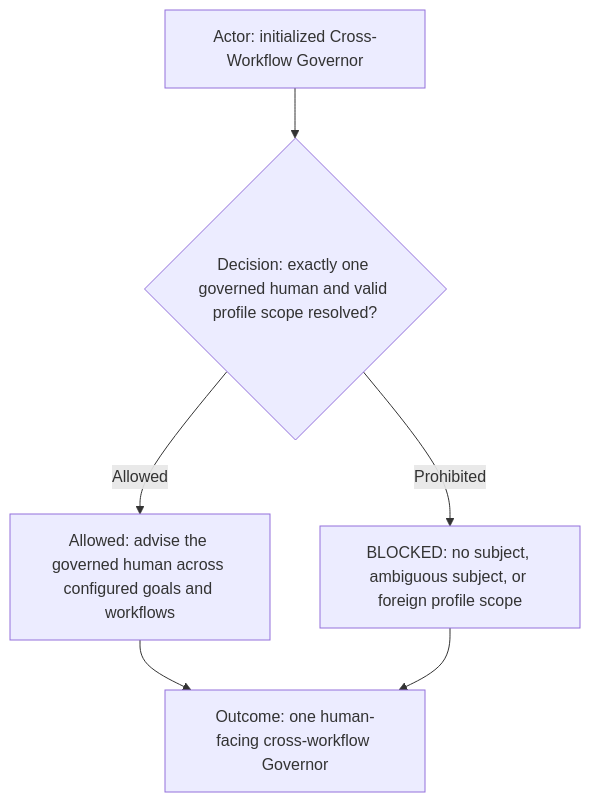
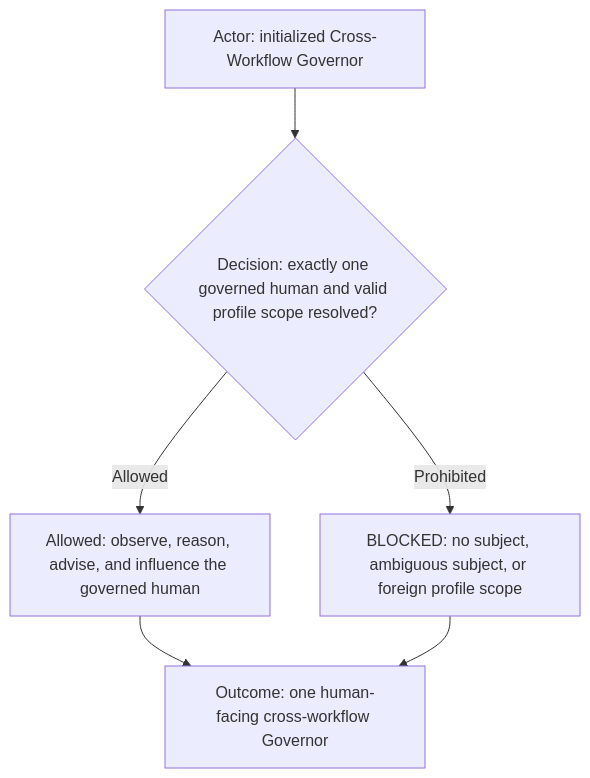
Before and after one commit to starodubtsevconsulting/ai-fleas: the first of 5 diagrams in ai-workflows/_common/roles/cross-workflow-governor.md, drawn with Mermaid. The commit also changed other lines of this file, not shown here.

Commit message:
Clarify Governor as human-alignment role

````diff
--- a/ai-workflows/_common/roles/cross-workflow-governor.md
+++ b/ai-workflows/_common/roles/cross-workflow-governor.md
@@ -11,8 +13,8 @@
 ```mermaid
 flowchart TD
   Actor["Actor: initialized Cross-Workflow Governor"] --> Subject{"Decision: exactly one governed human and valid profile scope resolved?"}
-  Subject -->|Allowed| Route["Allowed: advise the governed human across configured goals and workflows"]
+  Subject -->|Allowed| Route["Allowed: observe, reason, advise, and influence the governed human"]
   Subject -->|Prohibited| Blocked["BLOCKED: no subject, ambiguous subject, or foreign profile scope"]
   Route --> Outcome["Outcome: one human-facing cross-workflow Governor"]
   Blocked --> Outcome
 ```
````
